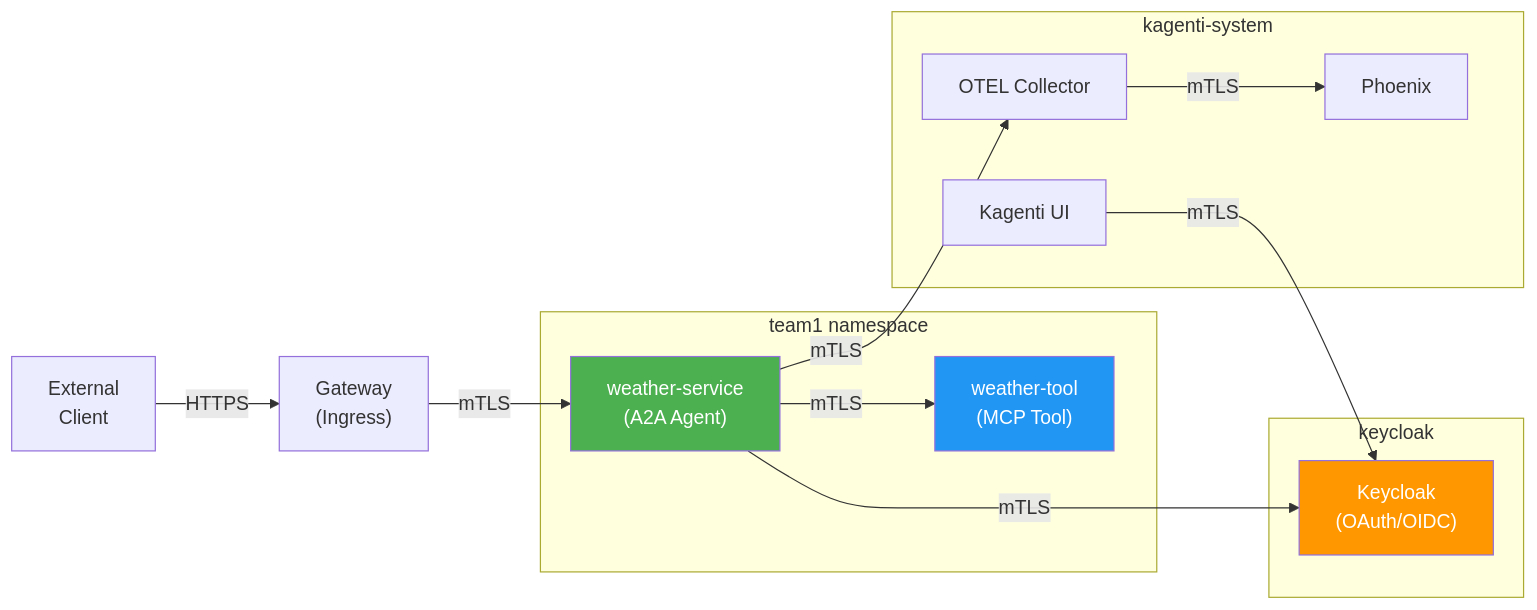
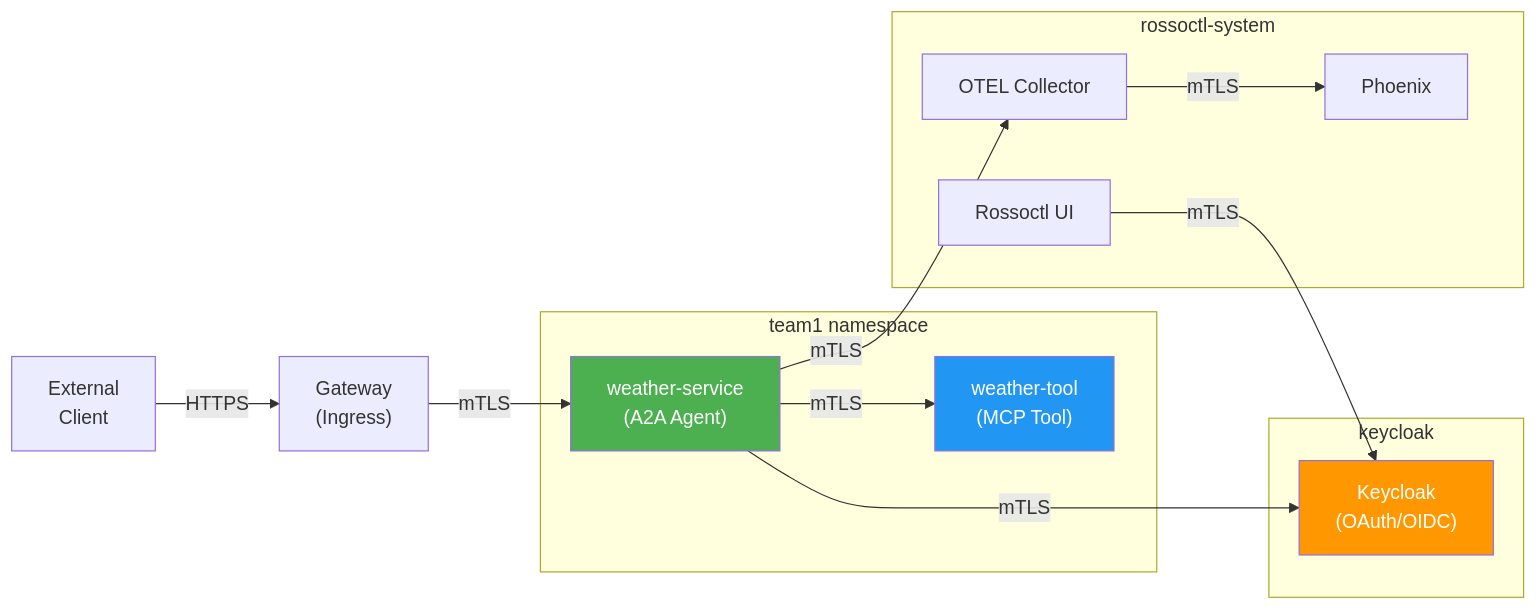
Before and after one commit to kagenti/kagenti: the second of 3 diagrams in docs/kiali/README.md, drawn with Mermaid. The commit also changed other lines of this file and 1316 other files, not shown here.

First line of the commit message:
⚠️ Rename Kagenti → Rossoctl across the flagship repo (→ rossoctl)

````diff
--- a/docs/kiali/README.md
+++ b/docs/kiali/README.md
@@ -36,30 +36,30 @@
 ```mermaid
 graph LR
     CLIENT["External<br/>Client"] -->|HTTPS| GW["Gateway<br/>(Ingress)"]
 
     subgraph "team1 namespace"
         AGENT["weather-service<br/>(A2A Agent)"]
         TOOL["weather-tool<br/>(MCP Tool)"]
     end
 
-    subgraph "kagenti-system"
-        UI["Kagenti UI"]
+    subgraph "rossoctl-system"
+        UI["Rossoctl UI"]
         OTEL["OTEL Collector"]
         PHOENIX2["Phoenix"]
     end
 
     subgraph "keycloak"
         KC["Keycloak<br/>(OAuth/OIDC)"]
     end
 
     GW -->|mTLS| AGENT
     AGENT -->|mTLS| TOOL
     AGENT -->|mTLS| KC
     AGENT -->|mTLS| OTEL
     UI -->|mTLS| KC
     OTEL -->|mTLS| PHOENIX2
 
     style AGENT fill:#4CAF50,color:#fff
     style TOOL fill:#2196F3,color:#fff
     style KC fill:#FF9800,color:#fff
 ```
````
